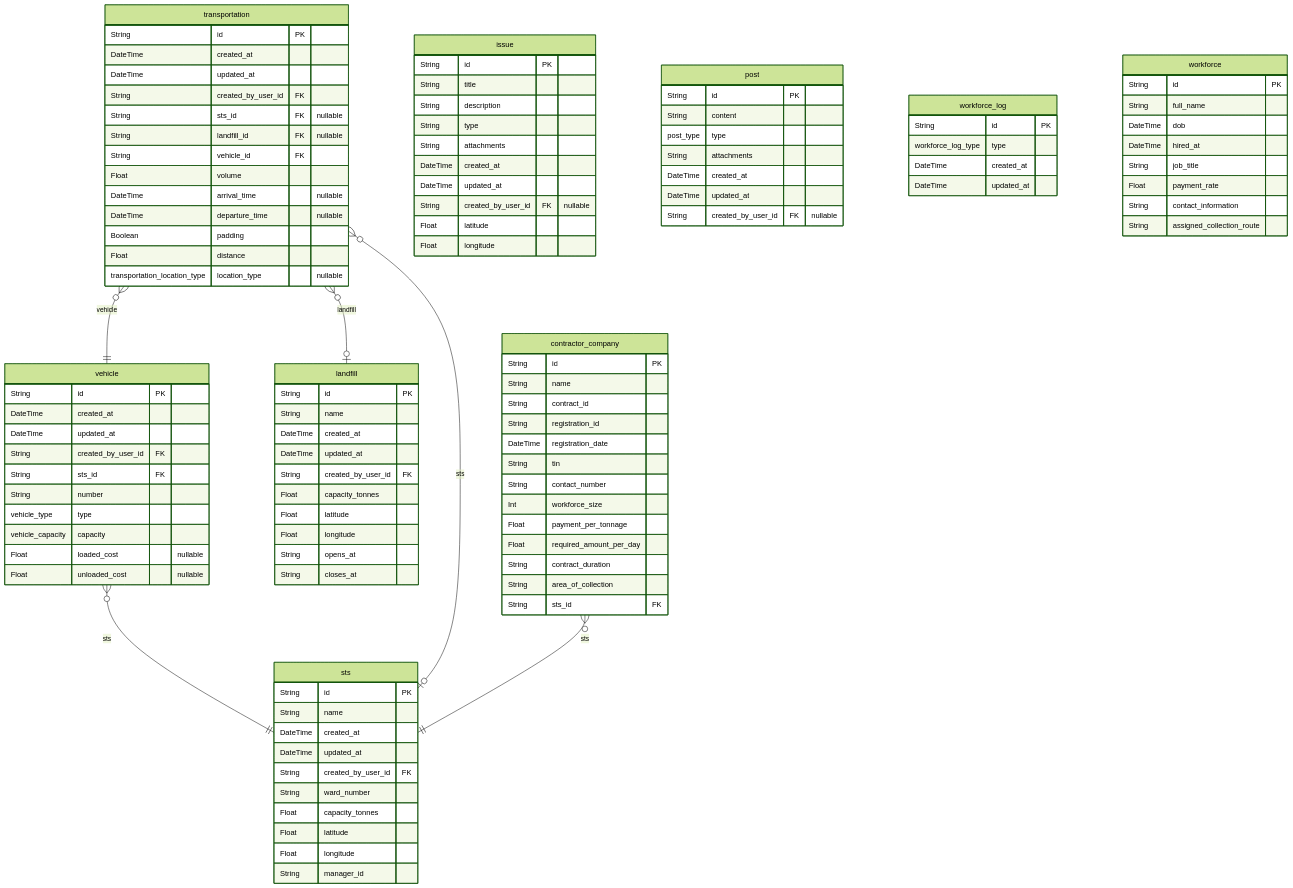
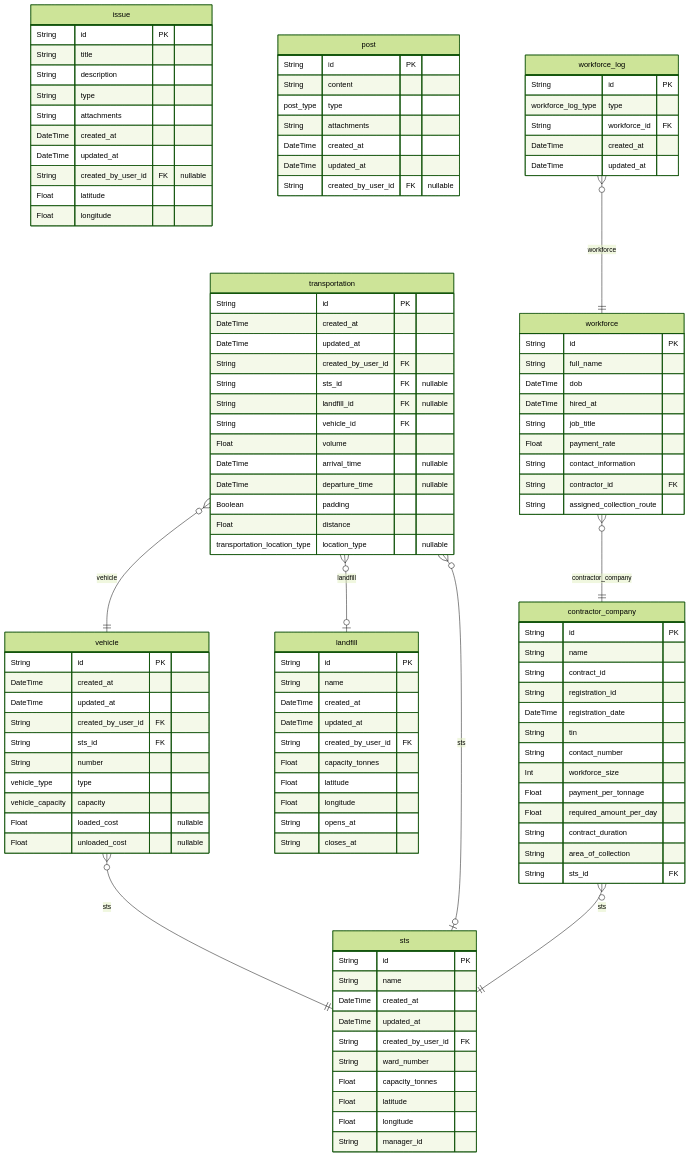
Before and after one commit to nurulhudaapon/codesamurai-final: the second of 2 diagrams in packages/db/README.md, drawn with Mermaid (forest theme). The commit also changed other lines of this file and 3 other files, not shown here.

````diff
--- a/packages/db/README.md
+++ b/packages/db/README.md
@@ -187,6 +187,7 @@
 "workforce_log" {
   String id PK
   workforce_log_type type
+  String workforce_id FK
   DateTime created_at
   DateTime updated_at
 }
@@ -198,6 +199,7 @@
   String job_title
   Float payment_rate
   String contact_information
+  String contractor_id FK
   String assigned_collection_route
 }
 "vehicle" }o--|| "sts" : sts
@@ -205,4 +207,6 @@
 "transportation" }o--o| "landfill" : landfill
 "transportation" }o--|| "vehicle" : vehicle
 "contractor_company" }o--|| "sts" : sts
+"workforce_log" }o--|| "workforce" : workforce
+"workforce" }o--|| "contractor_company" : contractor_company
 ```
````
